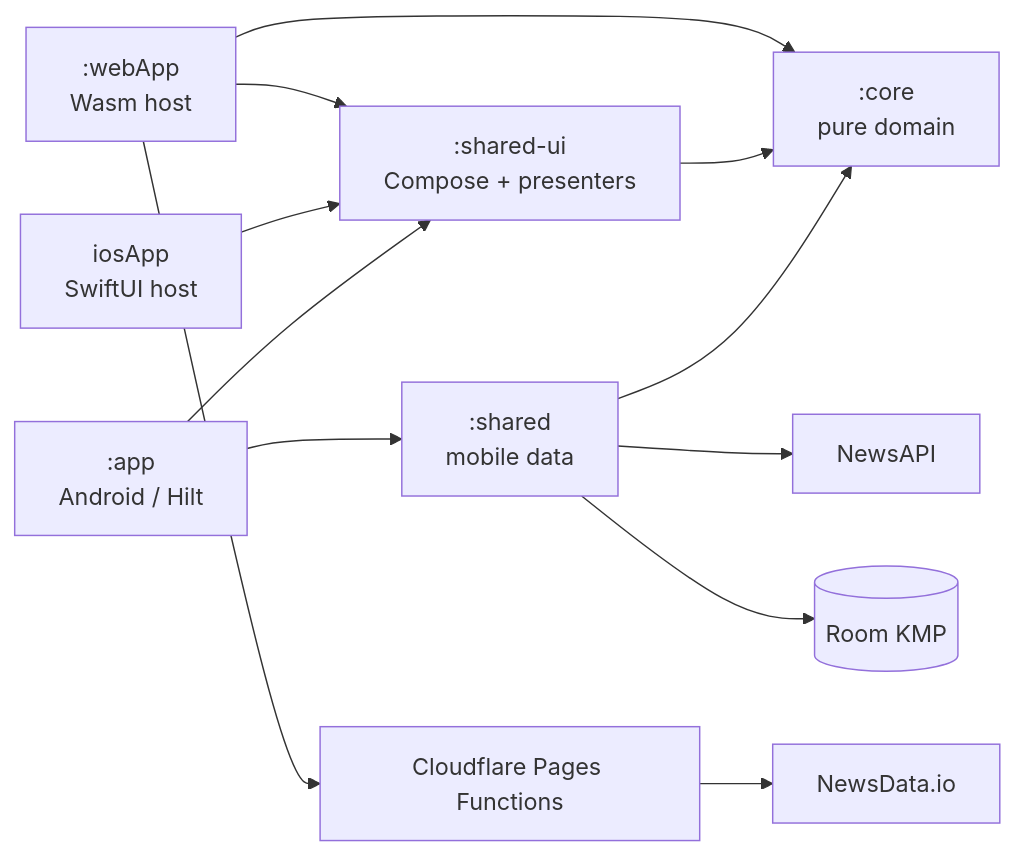
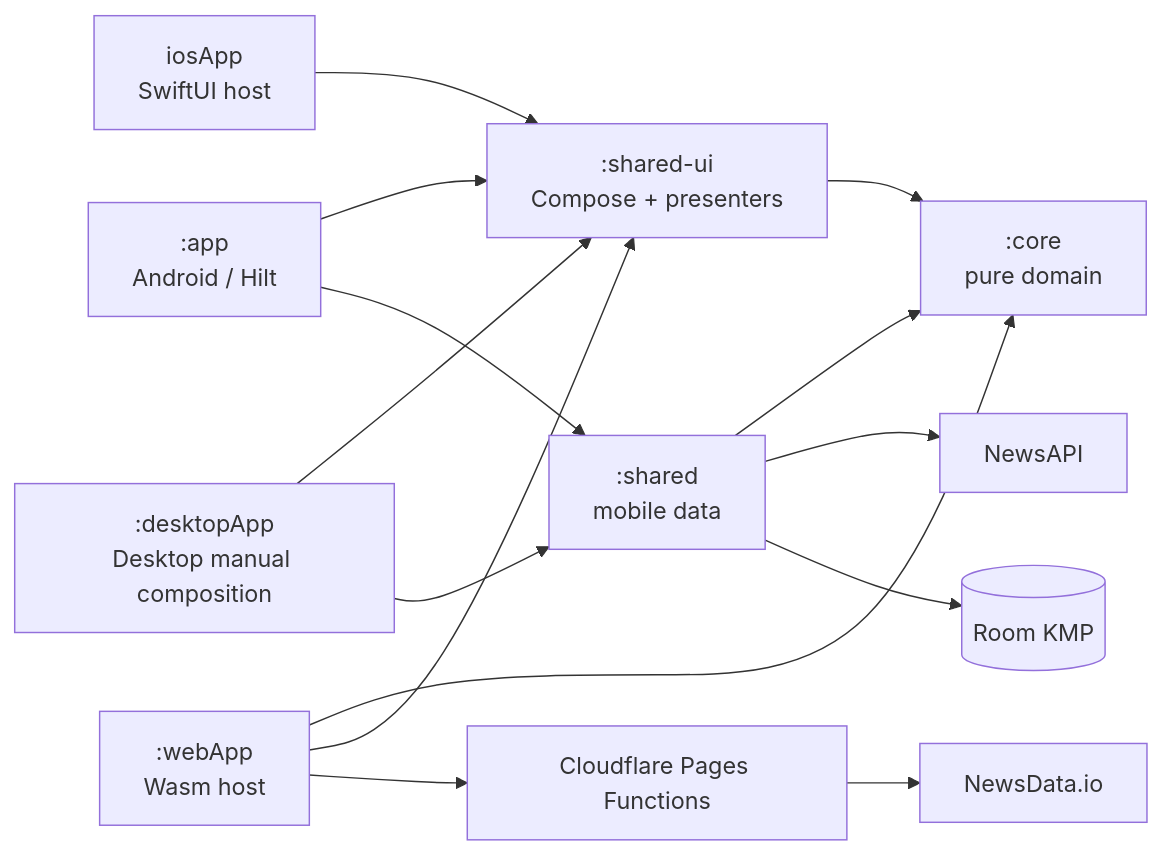
One commit to recipesforsoftware-pl/signalbrief changed the diagram in docs/ARCHITECTURE.md. Above: the diagram before and after it, drawn with Mermaid. The commit also changed other lines of this file and 13 other files, not shown here.

Commit message:
feat: wire desktop production composition root (#56)

````diff
--- a/docs/ARCHITECTURE.md
+++ b/docs/ARCHITECTURE.md
@@ -53,28 +55,31 @@
 ```mermaid
 flowchart LR
     core[":core<br/>pure domain"]
     shared[":shared<br/>mobile data"]
     sharedui[":shared-ui<br/>Compose + presenters"]
     app[":app<br/>Android / Hilt"]
     ios["iosApp<br/>SwiftUI host"]
+    desktop[":desktopApp<br/>Desktop manual composition"]
     web[":webApp<br/>Wasm host"]
     pages["Cloudflare Pages Functions"]
     newsapi["NewsAPI"]
     newsdata["NewsData.io"]
     room[("Room KMP")]
 
     shared --> core
     sharedui --> core
 
     app --> sharedui
     app --> shared
 
     ios --> sharedui
+    desktop --> sharedui
+    desktop --> shared
     shared --> newsapi
     shared --> room
 
     web --> core
     web --> sharedui
     web --> pages
     pages --> newsdata
 ```
````
